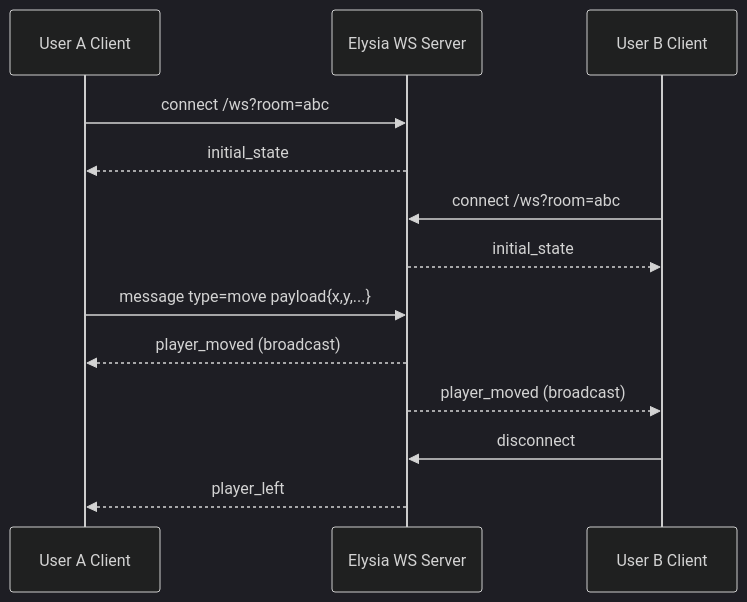
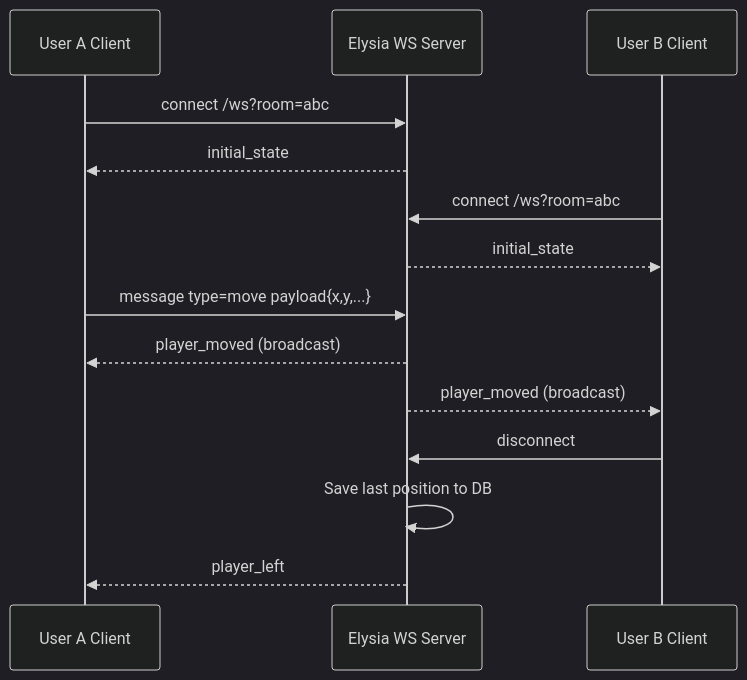
The fifth of 9 diagrams in docs/diagram.md (locpham-gh/the-gathering-03), drawn with Mermaid (dark theme) before and after one commit. The commit also changed other lines of this file and 33 other files, not shown here.

````diff
--- a/docs/diagram.md
+++ b/docs/diagram.md
@@ -90,18 +91,19 @@
 ```mermaid
 sequenceDiagram
 		participant U1 as User A Client
 		participant WS as Elysia WS Server
 		participant U2 as User B Client
 
 		U1->>WS: connect /ws?room=abc
 		WS-->>U1: initial_state
 		U2->>WS: connect /ws?room=abc
 		WS-->>U2: initial_state
 
 		U1->>WS: message type=move payload{x,y,...}
 		WS-->>U1: player_moved (broadcast)
 		WS-->>U2: player_moved (broadcast)
 
 		U2->>WS: disconnect
+		WS->>WS: Save last position to DB
 		WS-->>U1: player_left
 ```
````
